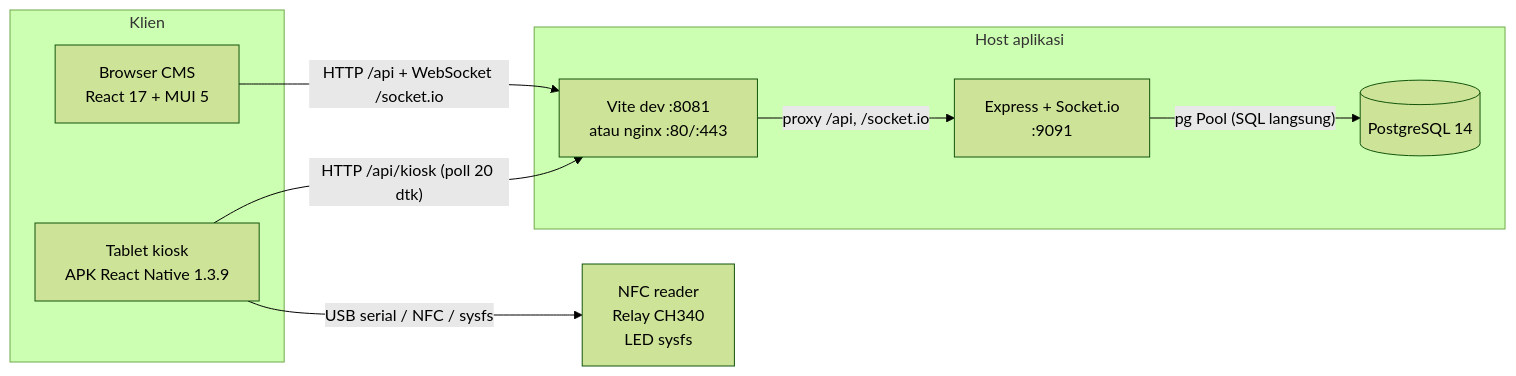
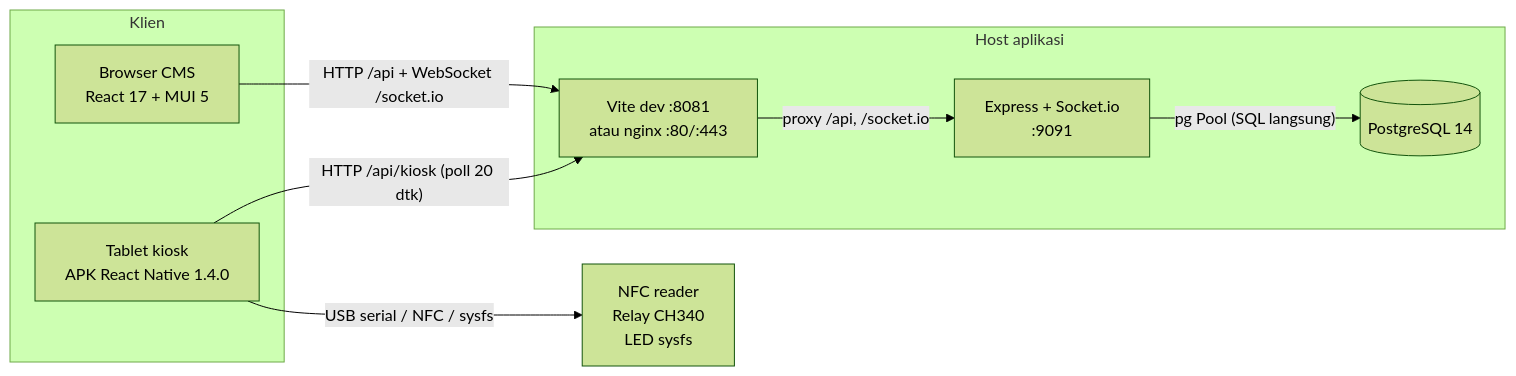
The first of 5 diagrams in docs/architecture.md (goodmeow/app_booking), drawn with Mermaid (forest theme) before and after one commit. The commit also changed other lines of this file and 14 other files, not shown here.

Commit message:
feat(kiosk): publish semi-auto APK update manifest

````diff
--- a/docs/architecture.md
+++ b/docs/architecture.md
@@ -28,21 +28,21 @@
 ```mermaid
 flowchart LR
   subgraph Klien
     CMS["Browser CMS<br/>React 17 + MUI 5"]
-    KIOSK["Tablet kiosk<br/>APK React Native 1.3.9"]
+    KIOSK["Tablet kiosk<br/>APK React Native 1.4.0"]
   end
 
   subgraph Host["Host aplikasi"]
     EDGE["Vite dev :8081<br/>atau nginx :80/:443"]
     API["Express + Socket.io<br/>:9091"]
     DB[("PostgreSQL 14")]
   end
 
   HW["NFC reader<br/>Relay CH340<br/>LED sysfs"]
 
   CMS -->|"HTTP /api + WebSocket /socket.io"| EDGE
   EDGE -->|"proxy /api, /socket.io"| API
   API -->|"pg Pool (SQL langsung)"| DB
   KIOSK -->|"HTTP /api/kiosk (poll 20 dtk)"| EDGE
   KIOSK -->|"USB serial / NFC / sysfs"| HW
 ```
````
